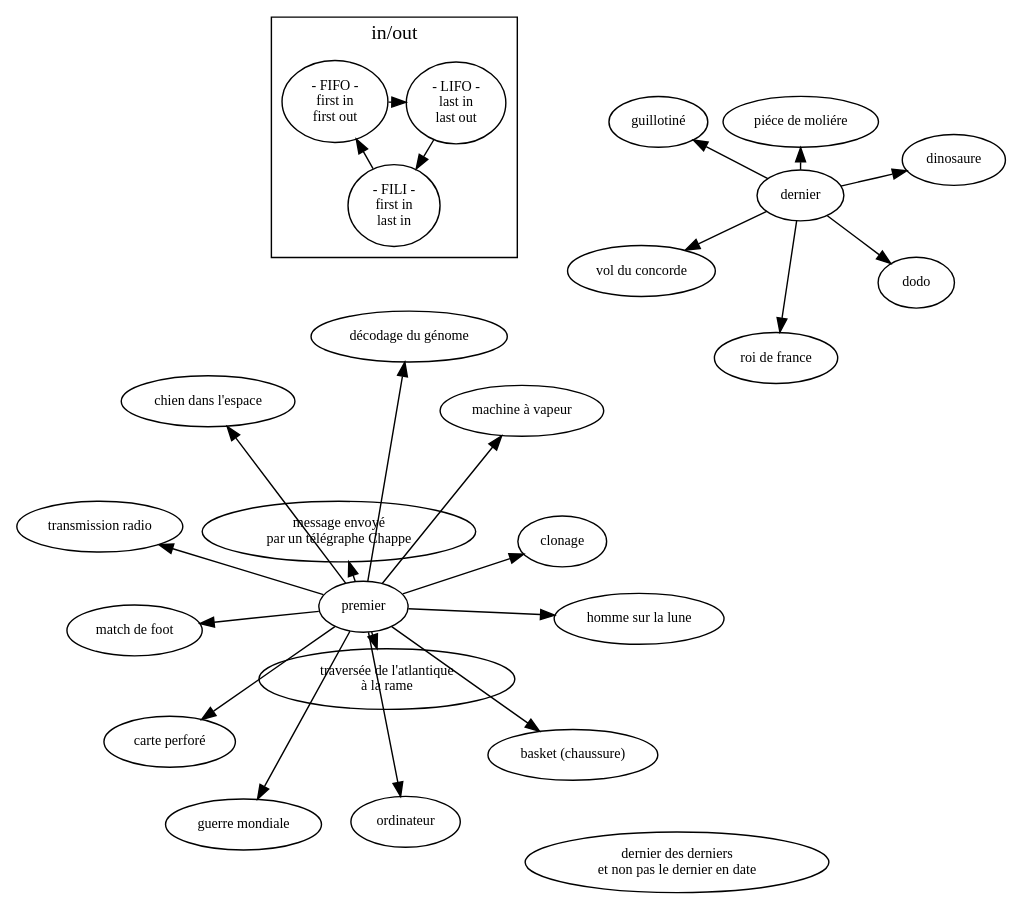
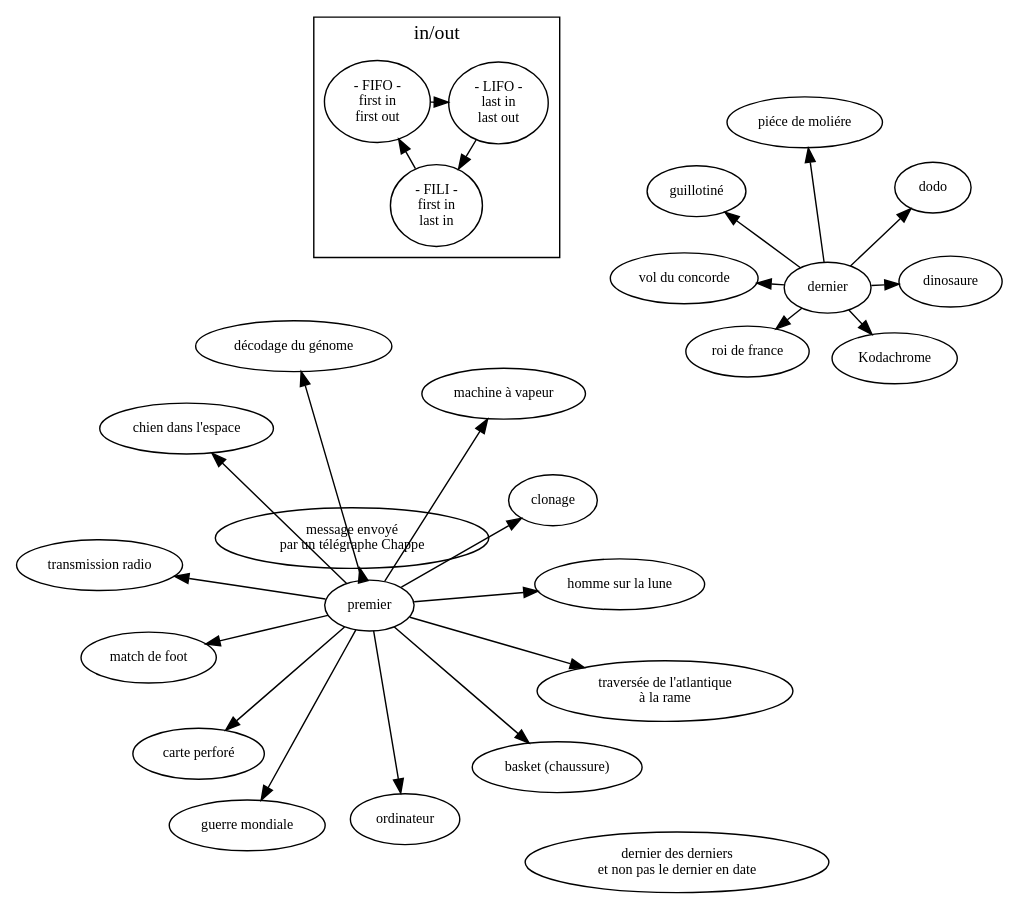
One commit to ensad-nancy/first-last changed the diagram in sujet.dot. Above: the diagram before and after it, drawn with Graphviz.

Commit message:
+	last -> "Kodachrome"

```diff
--- a/sujet.dot
+++ b/sujet.dot
@@ -1,51 +1,52 @@
 digraph {
 
 	layout= "fdp"
 	
 
 	fontname="myriadpro"
 	fontsize = 14
 	rankdir="LR"
 	
 	
 	node [fontname="myriadpro", fontsize = 10]
 	edge [fontname="monaco", fontsize = 9]
 	
 	first [label="premier"]
 	last [label="dernier"]
 	
 	"dernier des derniers\n et non pas le dernier en date" 
 
 	first -> "homme sur la lune"
 	first -> "ordinateur"
 	first -> "chien dans l'espace"
 	first -> "machine à vapeur"
 	first -> "message envoyé\npar un télégraphe Chappe"
 	first -> "carte perforé"
 	first -> "basket (chaussure)"
 	first -> "match de foot"
 	first -> "traversée de l'atlantique\nà la rame"
 	first -> "guerre mondiale"
 	first -> "transmission radio"
 	first -> "clonage"
 	first -> "décodage du génome"
 	
 	last -> dodo
 	last -> "roi de france"
 	last -> "guillotiné"
 	last -> "dinosaure"
 	last -> "piéce de moliére"
 	last -> "vol du concorde"
+	last -> "Kodachrome"
 
 	subgraph cluster_FO{
 	
 		label="in/out"
 		
 		FIFO [label="- FIFO -\nfirst in\nfirst out"]
 		LIFO [label="- LIFO -\nlast in\nlast out"]
 		FILI [label="- FILI -\nfirst in\n last in"]
 
 		FILI -> FIFO -> LIFO -> FILI
 	}
 	
 }
```
